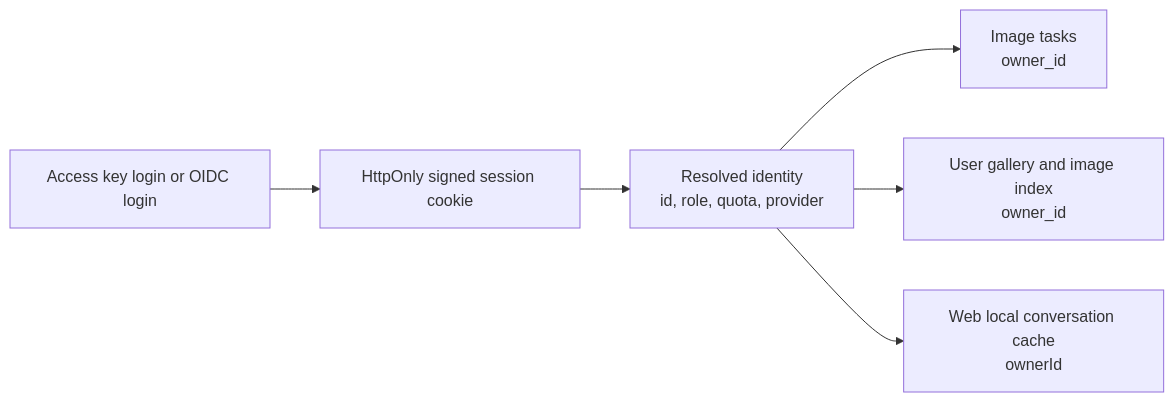
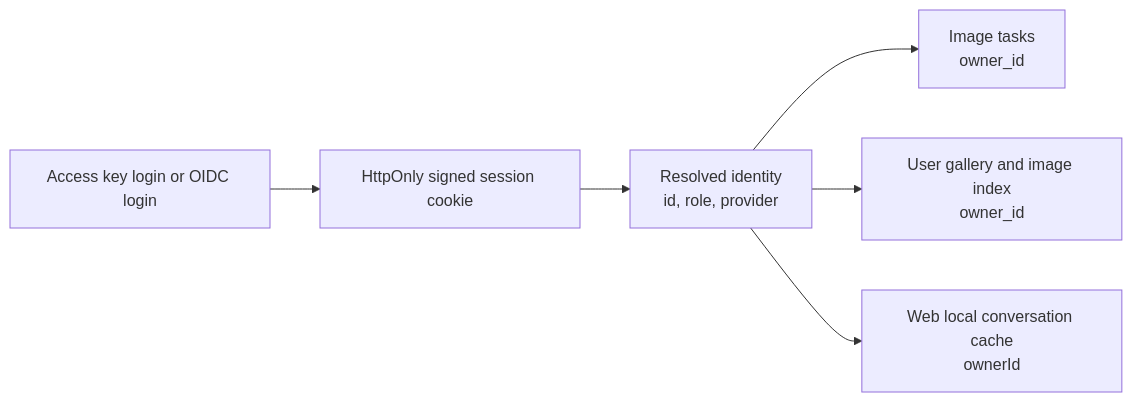
One commit to happy-token/HappyImage changed the fourth of 7 diagrams in docs/architecture.md. Above: the diagram before and after it, drawn with Mermaid. The commit also changed other lines of this file and 109 other files, not shown here.

````diff
--- a/docs/architecture.md
+++ b/docs/architecture.md
@@ -102,15 +102,15 @@
 ```mermaid
 flowchart LR
   Login["Access key login or OIDC login"]
   Session["HttpOnly signed session cookie"]
-  Identity["Resolved identity<br/>id, role, quota, provider"]
+  Identity["Resolved identity<br/>id, role, provider"]
   Tasks["Image tasks<br/>owner_id"]
   Conversations["Web local conversation cache<br/>ownerId"]
   Gallery["User gallery and image index<br/>owner_id"]
 
   Login --> Session
   Session --> Identity
   Identity --> Tasks
   Identity --> Gallery
   Identity --> Conversations
 ```
````
